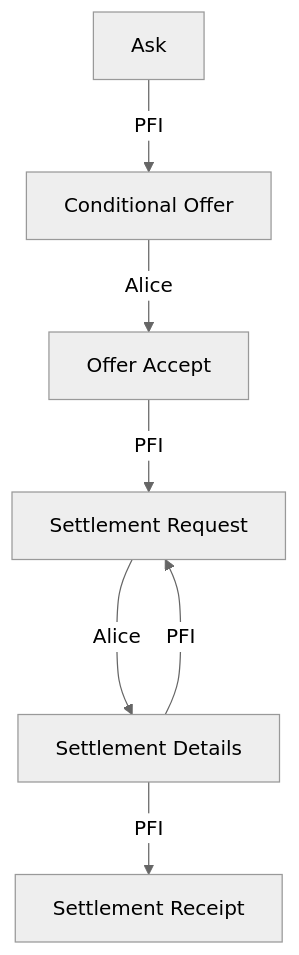
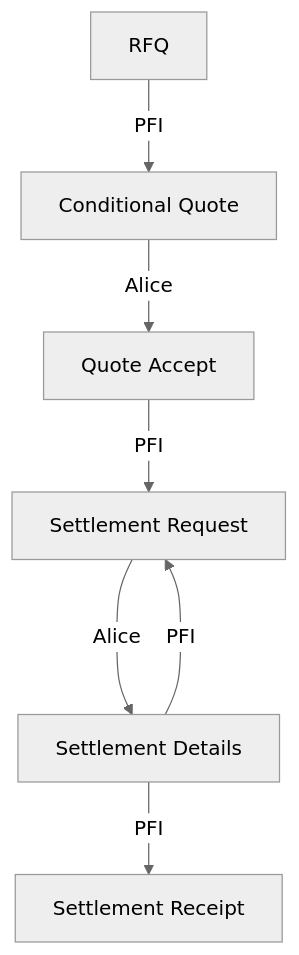
Before and after one commit to TBD54566975/tbdex: the diagram in protocol/README.md, drawn with Mermaid (neutral theme). The commit also changed other lines of this file, not shown here.

````diff
--- a/protocol/README.md
+++ b/protocol/README.md
@@ -101,11 +100,11 @@
 ```mermaid
 flowchart TD
     accTitle: State Machine of Message Thread
     accDescr: Possible state sequences for a message thread
-    Ask --> |PFI| COND_OFFER[Conditional Offer]
-    COND_OFFER --> |Alice| OFFER_ACCEPT[Offer Accept]
-    OFFER_ACCEPT --> |PFI| SETTL_REQ[Settlement Request]
+    RFQ --> |PFI| Quote[Conditional Quote]
+    Quote --> |Alice| QuoteAccept[Quote Accept]
+    QuoteAccept --> |PFI| SETTL_REQ[Settlement Request]
     SETTL_REQ --> |Alice| SETTL_DETAIL[Settlement Details]
     SETTL_DETAIL ---> |PFI| SETTL_REQ
     SETTL_DETAIL --> |PFI| SETTL_RECEIPT[Settlement Receipt]
 ```
````
